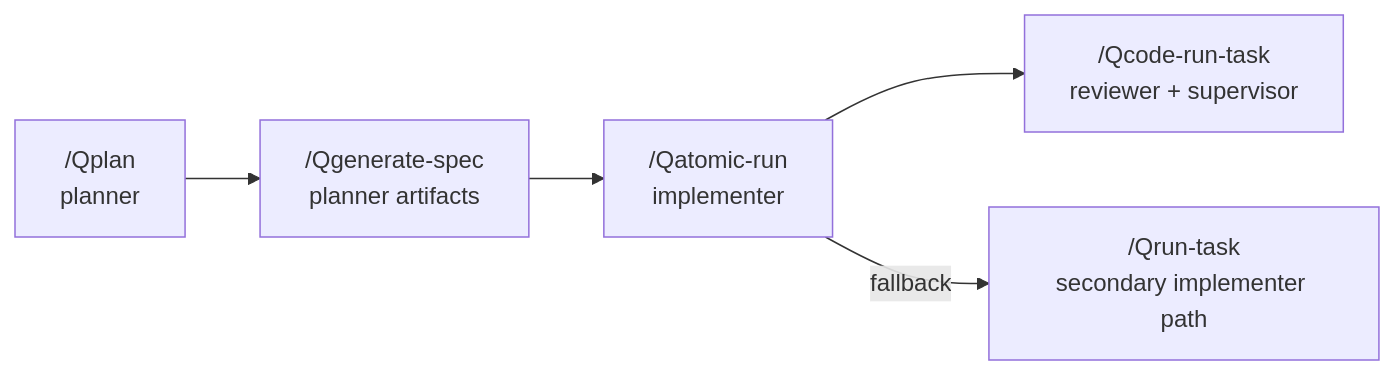
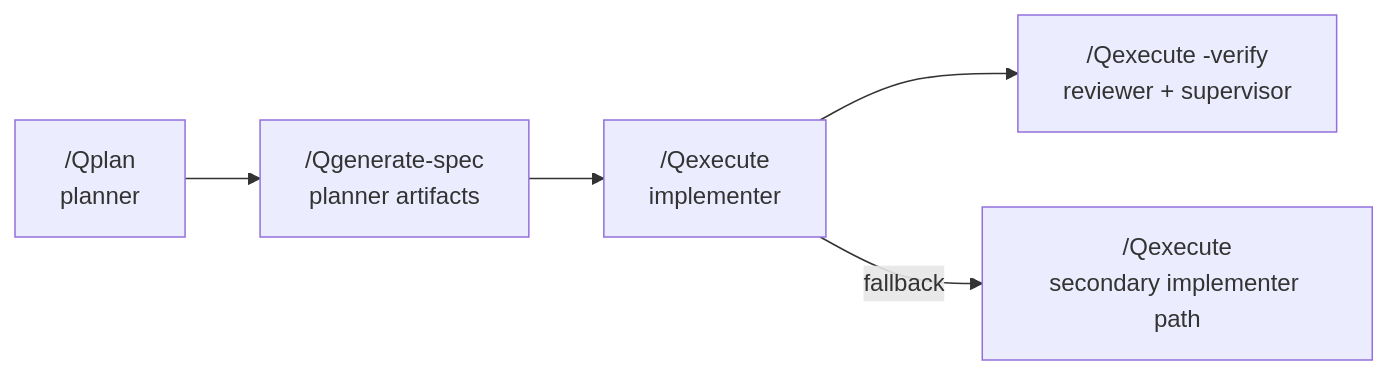
The diagram in docs/MULTI_MODEL_SETUP.md (inho-team/qe-framework), drawn with Mermaid before and after one commit. The commit also changed other lines of this file and 86 other files, not shown here.

````diff
--- a/docs/MULTI_MODEL_SETUP.md
+++ b/docs/MULTI_MODEL_SETUP.md
@@ -138,7 +138,7 @@
 ```mermaid
 flowchart LR
   Qplan["/Qplan\nplanner"] --> Qgs["/Qgenerate-spec\nplanner artifacts"]
-  Qgs --> Qatomic["/Qatomic-run\nimplementer"]
-  Qatomic --> Qcrt["/Qcode-run-task\nreviewer + supervisor"]
-  Qatomic -->|fallback| Qrun["/Qrun-task\nsecondary implementer path"]
+  Qgs --> Qatomic["/Qexecute\nimplementer"]
+  Qatomic --> Qcrt["/Qexecute -verify\nreviewer + supervisor"]
+  Qatomic -->|fallback| Qrun["/Qexecute\nsecondary implementer path"]
 ```
````
